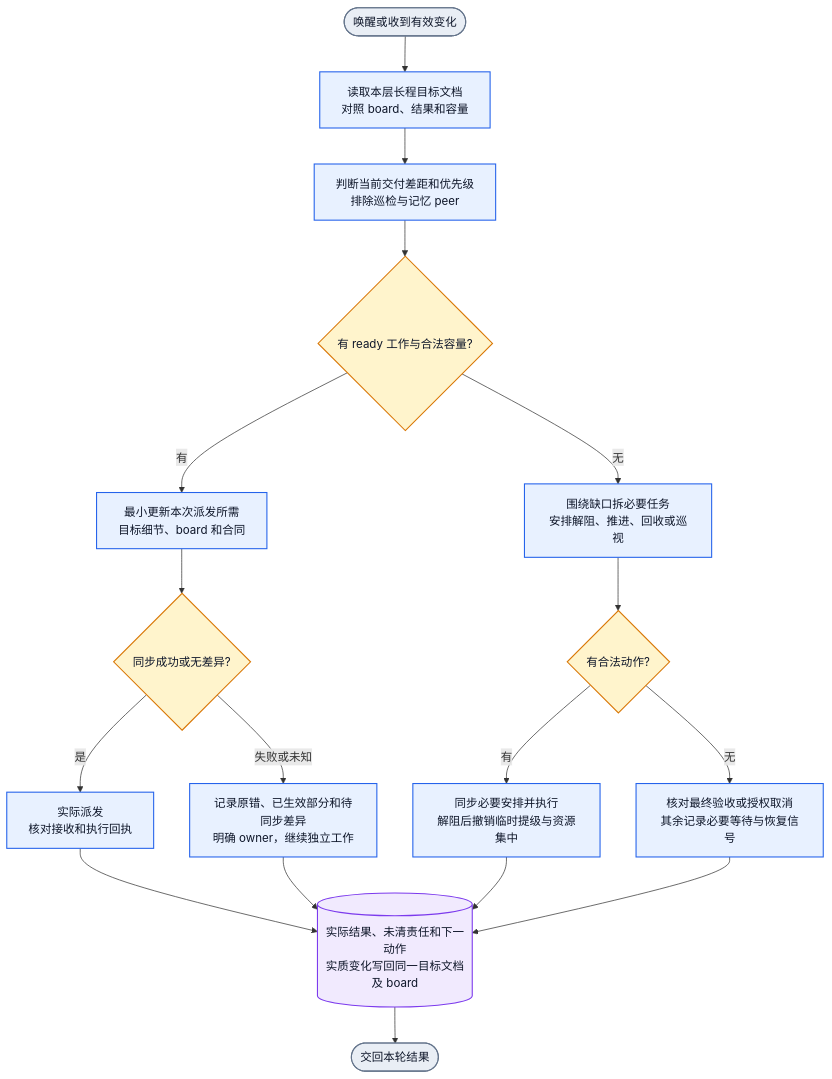
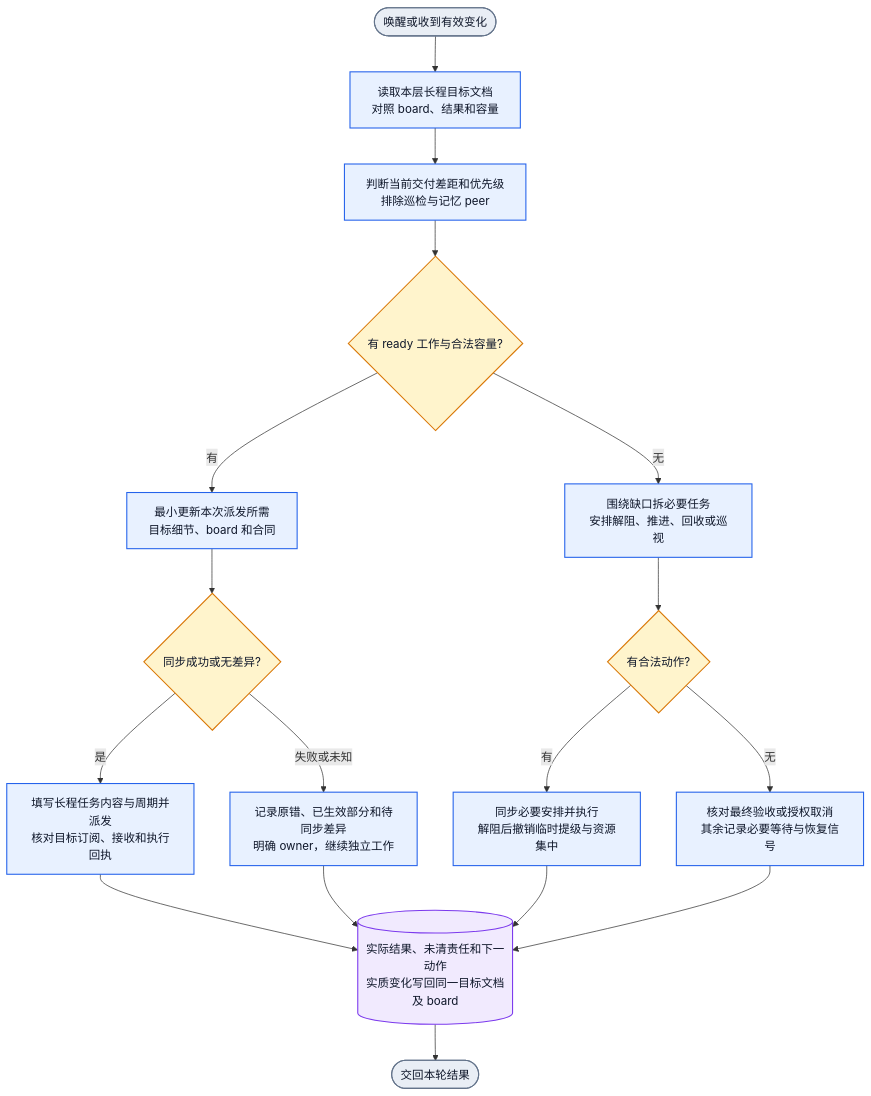
The diagram in collab/skills/collab/references/orchestration.md (Jasonzhangf/appsdk), drawn with Mermaid before and after one commit. The commit also changed other lines of this file and 57 other files, not shown here.

````diff
--- a/collab/skills/collab/references/orchestration.md
+++ b/collab/skills/collab/references/orchestration.md
@@ -68,23 +70,23 @@
 ```mermaid
 flowchart TD
   S([唤醒或收到有效变化]):::boundary --> A[读取本层长程目标文档<br/>对照 board、结果和容量]:::action
   A --> B[判断当前交付差距和优先级<br/>排除巡检与记忆 peer]:::action
   B --> C{有 ready 工作与合法容量?}:::decision
   C -->|有| D[最小更新本次派发所需<br/>目标细节、board 和合同]:::action
   D --> E{同步成功或无差异?}:::decision
-  E -->|是| F[实际派发<br/>核对接收和执行回执]:::action
+  E -->|是| F[填写长程任务内容与周期并派发<br/>核对目标订阅、接收和执行回执]:::action
   E -->|失败或未知| X[记录原错、已生效部分和待同步差异<br/>明确 owner，继续独立工作]:::action
   C -->|无| G[围绕缺口拆必要任务<br/>安排解阻、推进、回收或巡视]:::action
   G --> H{有合法动作?}:::decision
   H -->|有| I[同步必要安排并执行<br/>解阻后撤销临时提级与资源集中]:::action
   H -->|无| W[核对最终验收或授权取消<br/>其余记录必要等待与恢复信号]:::action
   F --> R[(实际结果、未清责任和下一动作<br/>实质变化写回同一目标文档及 board)]:::data
   X --> R
   I --> R
   W --> R
   R --> T([交回本轮结果]):::boundary
   classDef boundary fill:#E9EEF5,stroke:#64748B,color:#0F172A,stroke-width:1.5px
   classDef action fill:#E8F1FF,stroke:#2563EB,color:#0F172A,stroke-width:1.5px
   classDef decision fill:#FFF4CC,stroke:#D97706,color:#0F172A,stroke-width:1.5px
   classDef data fill:#F1EAFE,stroke:#7C3AED,color:#0F172A,stroke-width:1.5px
 ```
````
